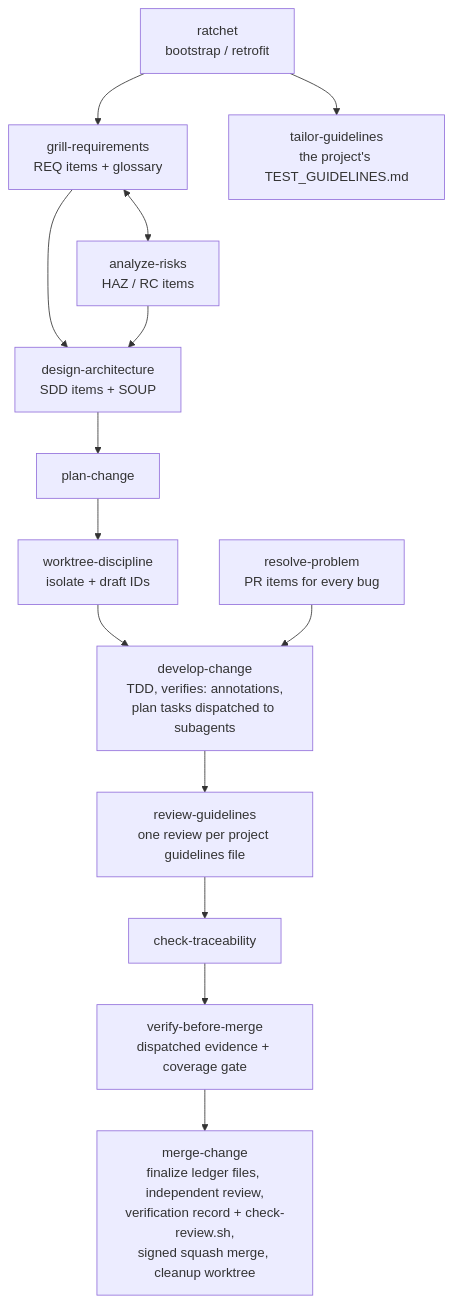
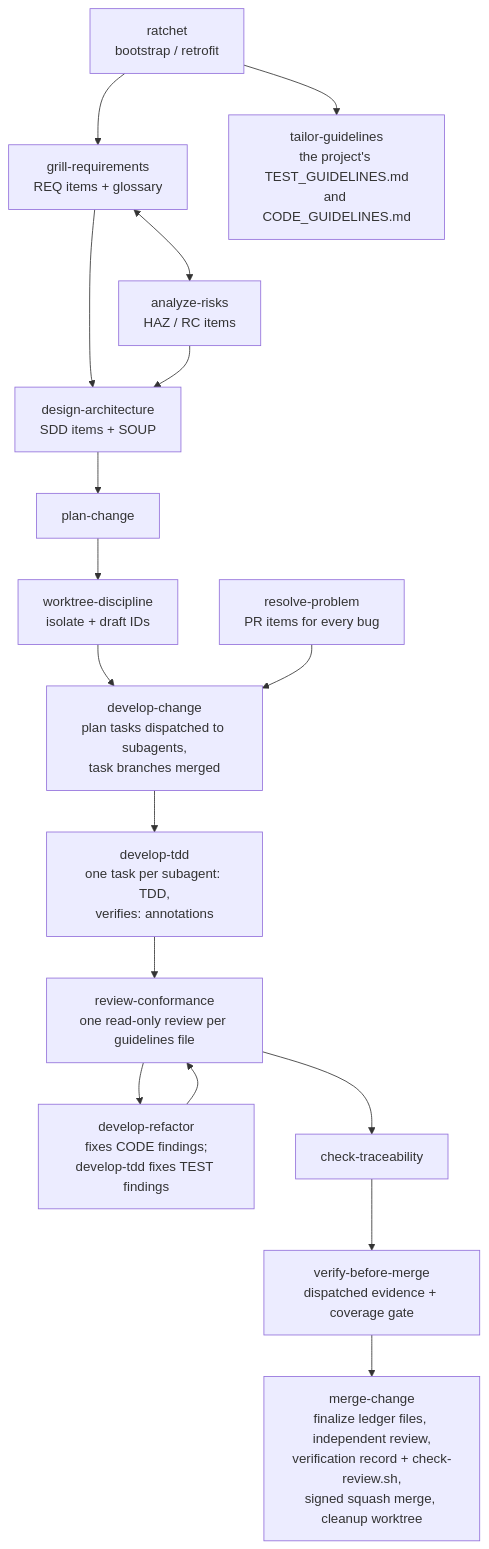
The diagram in README.md (Jan-Jan/guardrails), drawn with Mermaid before and after one commit. The commit also changed 35 other files, not shown here.

First line of the commit message:
feat: code preferences live in CODE_GUIDELINES.md, and develop-change splits into orchestrator, TDD and refactor

````diff
--- a/README.md
+++ b/README.md
@@ -42,16 +42,19 @@
 ```mermaid
 flowchart TD
     R[ratchet<br/>bootstrap / retrofit] --> G[grill-requirements<br/>REQ items + glossary]
-    R --> TG[tailor-guidelines<br/>the project's TEST_GUIDELINES.md]
+    R --> TG[tailor-guidelines<br/>the project's TEST_GUIDELINES.md<br/>and CODE_GUIDELINES.md]
     G <--> A[analyze-risks<br/>HAZ / RC items]
     G --> D[design-architecture<br/>SDD items + SOUP]
     A --> D
     D --> P[plan-change]
     P --> W[worktree-discipline<br/>isolate + draft IDs]
-    W --> DEV[develop-change<br/>TDD, verifies: annotations,<br/>plan tasks dispatched to subagents]
+    W --> DEV[develop-change<br/>plan tasks dispatched to subagents,<br/>task branches merged]
     B[resolve-problem<br/>PR items for every bug] --> DEV
-    DEV --> RG[review-guidelines<br/>one review per project guidelines file]
-    RG --> CT[check-traceability]
+    DEV --> TDD[develop-tdd<br/>one task per subagent: TDD,<br/>verifies: annotations]
+    TDD --> RC[review-conformance<br/>one read-only review per guidelines file]
+    RC --> RF[develop-refactor<br/>fixes CODE findings;<br/>develop-tdd fixes TEST findings]
+    RF --> RC
+    RC --> CT[check-traceability]
     CT --> V[verify-before-merge<br/>dispatched evidence + coverage gate]
     V --> M[merge-change<br/>finalize ledger files, independent review,<br/>verification record + check-review.sh,<br/>signed squash merge, cleanup worktree]
 ```
````
